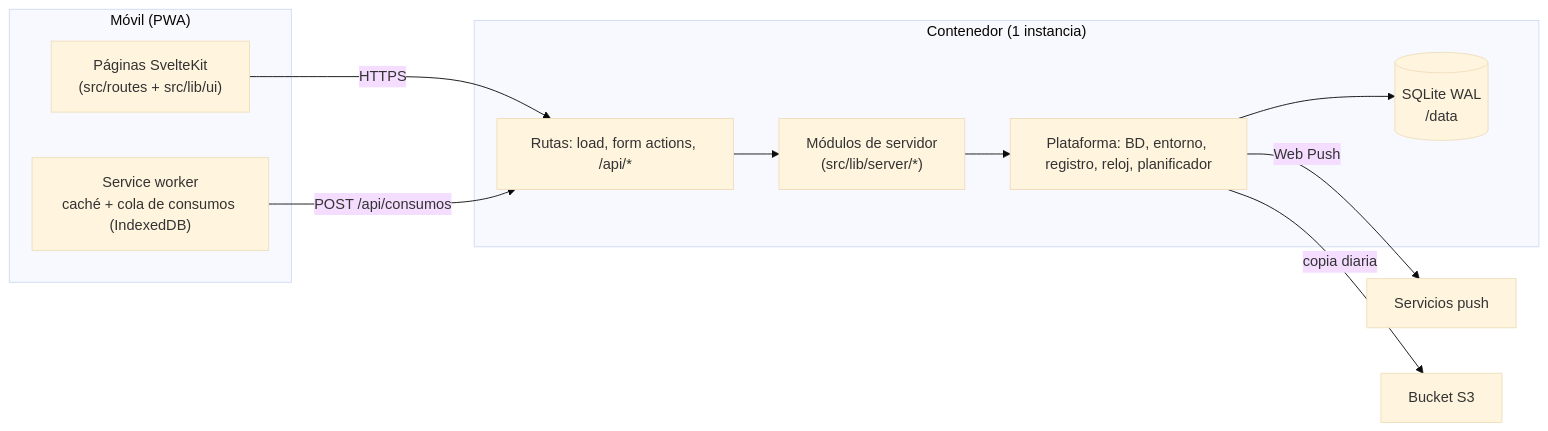
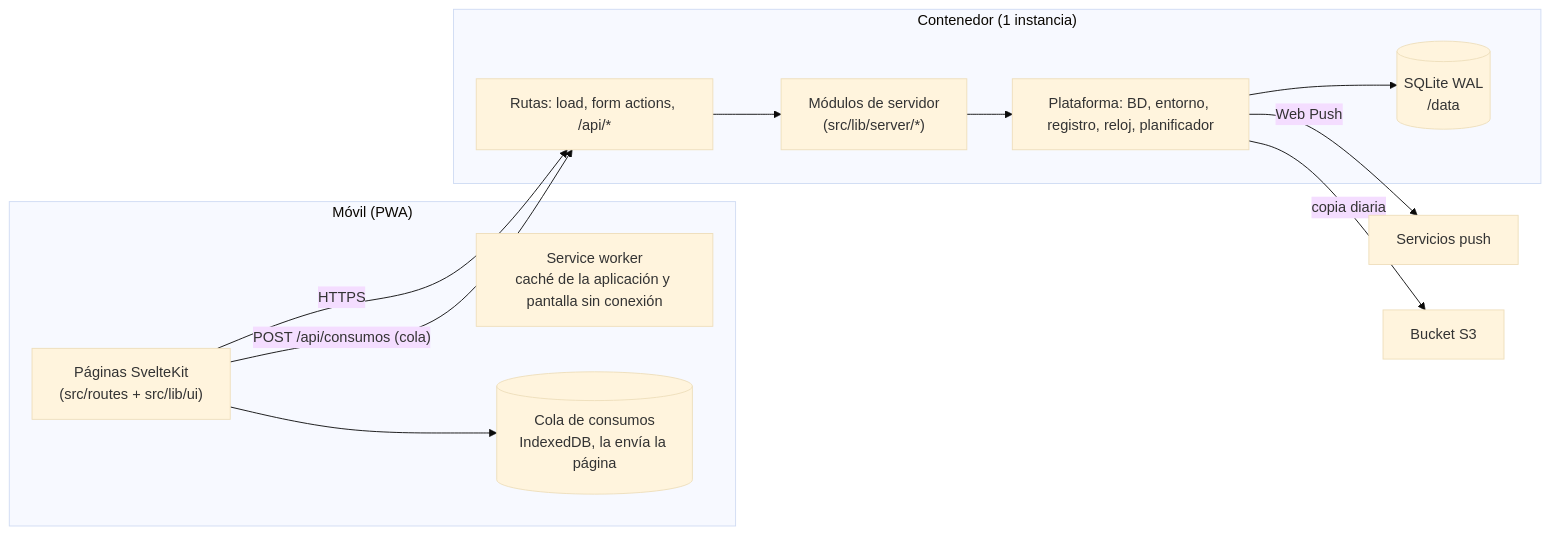
The first of 3 diagrams in ARCHITECTURE.md (danimardo/beCafe), drawn with Mermaid (base theme) before and after one commit. The commit also changed other lines of this file and 55 other files, not shown here.

First line of the commit message:
feat(f3): consumos con cola sin conexión, deshacer, anulación e historial

````diff
--- a/ARCHITECTURE.md
+++ b/ARCHITECTURE.md
@@ -11,18 +11,20 @@
 ```mermaid
 flowchart LR
   subgraph Movil["Móvil (PWA)"]
     UI["Páginas SvelteKit<br/>(src/routes + src/lib/ui)"]
-    SW["Service worker<br/>caché + cola de consumos (IndexedDB)"]
+    SW["Service worker<br/>caché de la aplicación y pantalla sin conexión"]
+    Q[("Cola de consumos<br/>IndexedDB, la envía la página")]
   end
   subgraph Servidor["Contenedor (1 instancia)"]
     R["Rutas: load, form actions, /api/*"]
     M["Módulos de servidor<br/>(src/lib/server/*)"]
     P["Plataforma: BD, entorno, registro, reloj, planificador"]
     DB[("SQLite WAL<br/>/data")]
   end
   UI -- HTTPS --> R
-  SW -- "POST /api/consumos" --> R
+  UI -- "POST /api/consumos (cola)" --> R
+  UI --> Q
   R --> M --> P --> DB
   P -- Web Push --> PUSH["Servicios push"]
   P -- "copia diaria" --> S3["Bucket S3"]
 ```
````
